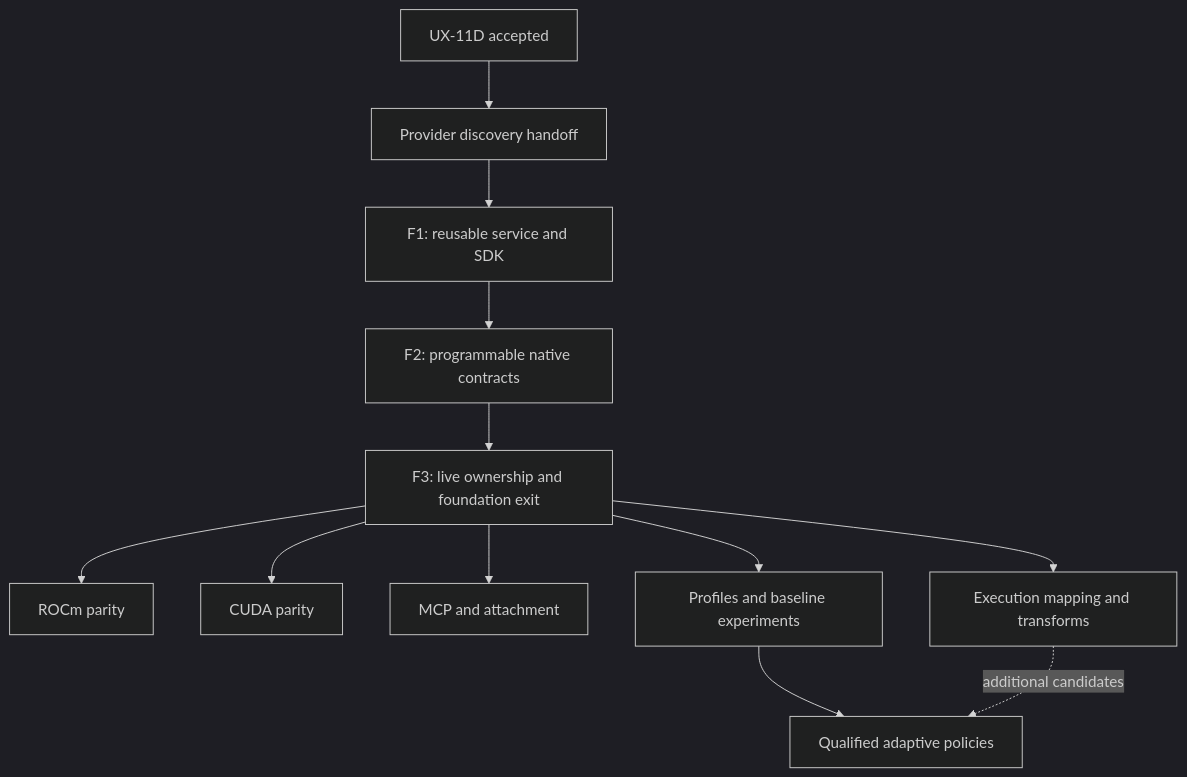
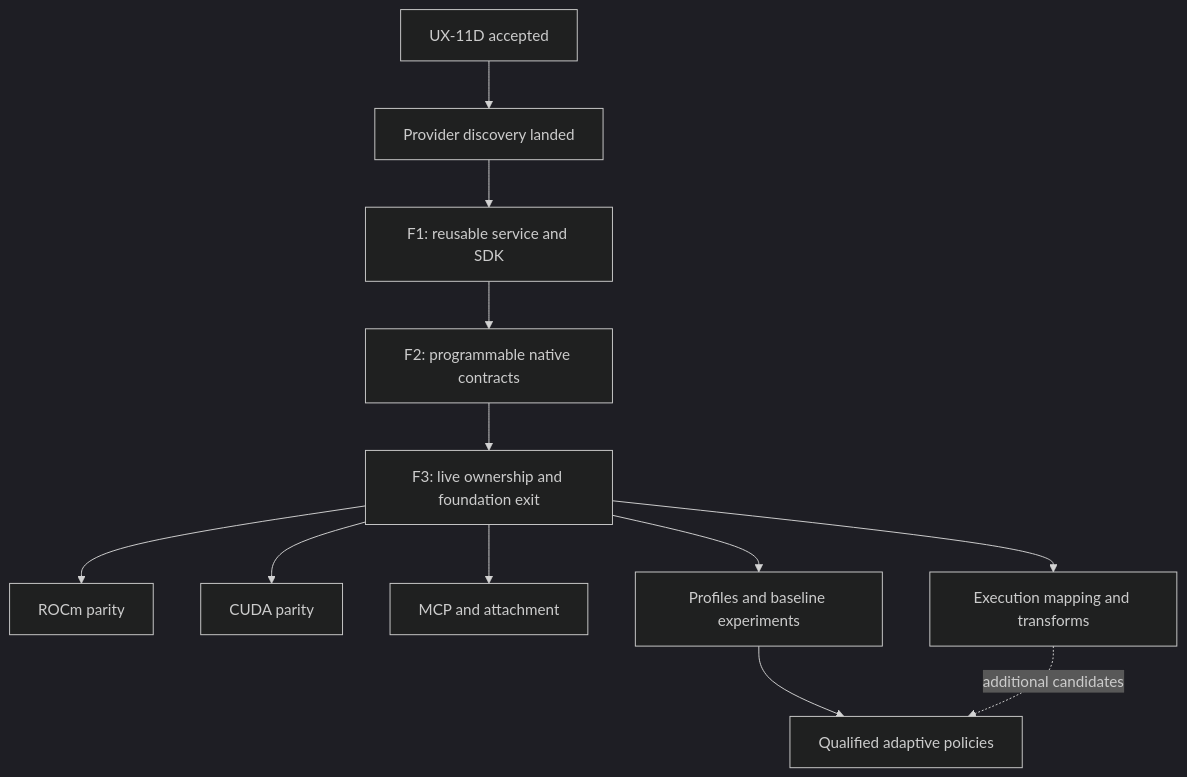
One commit to abird-ai/zerogravity changed the diagram in .agents/plans/programmable-service/IMPLEMENTATION_PHASES.md. Above: the diagram before and after it, drawn with Mermaid (dark theme). The commit also changed other lines of this file and 5 other files, not shown here.

````diff
--- a/.agents/plans/programmable-service/IMPLEMENTATION_PHASES.md
+++ b/.agents/plans/programmable-service/IMPLEMENTATION_PHASES.md
@@ -21,14 +21,14 @@
 ```mermaid
 flowchart TB
-    U["UX-11D accepted"] --> D["Provider discovery handoff"]
+    U["UX-11D accepted"] --> D["Provider discovery landed"]
     D --> F1["F1: reusable service and SDK"]
     F1 --> F2["F2: programmable native contracts"]
     F2 --> F3["F3: live ownership and foundation exit"]
     F3 --> R["ROCm parity"]
     F3 --> C["CUDA parity"]
     F3 --> M["MCP and attachment"]
     F3 --> E["Profiles and baseline experiments"]
     F3 --> K["Execution mapping and transforms"]
     E --> P["Qualified adaptive policies"]
     K -. additional candidates .-> P
 ```
````
